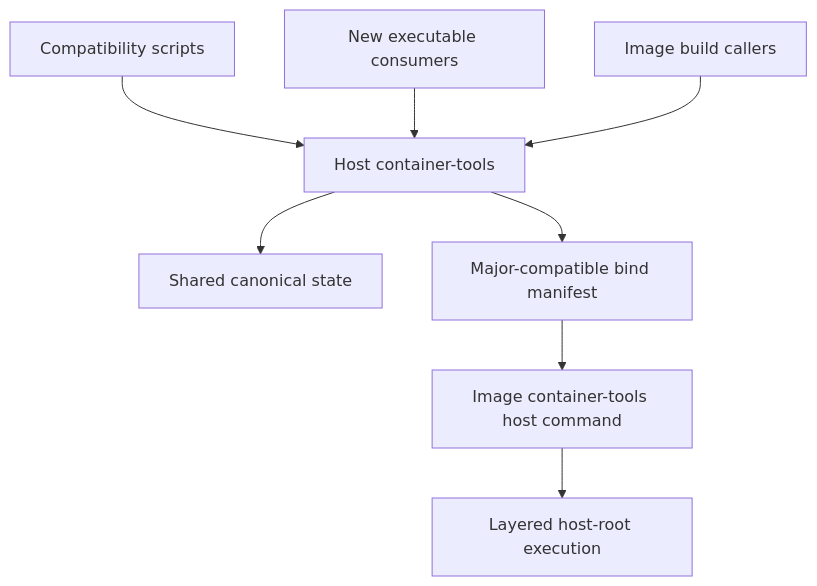
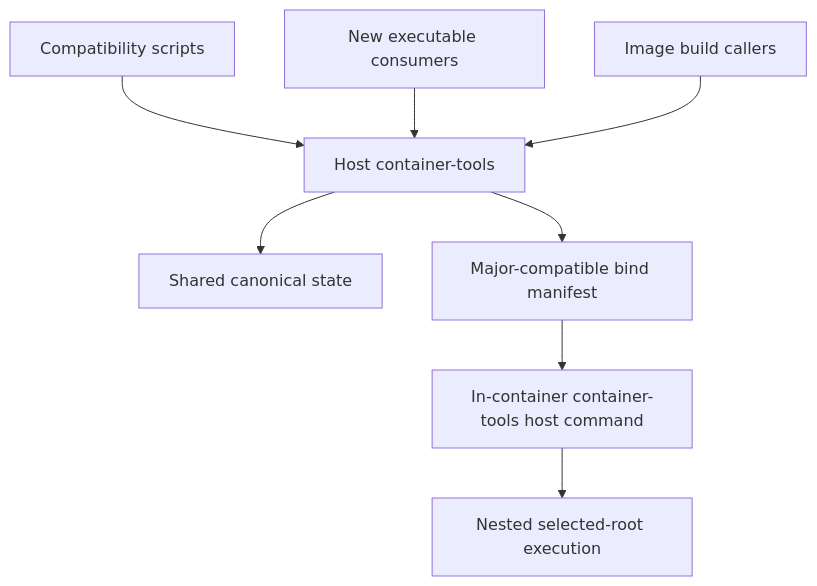
One commit to krafczyk/mkchad_dev changed the diagram in docs/plans/2026-08-07-001-refactor-container-tools-c11-consolidation-plan.md. Above: the diagram before and after it, drawn with Mermaid. The commit also changed other lines of this file, not shown here.

First line of the commit message:
docs(plans): clarify selected-root execution

````diff
--- a/docs/plans/2026-08-07-001-refactor-container-tools-c11-consolidation-plan.md
+++ b/docs/plans/2026-08-07-001-refactor-container-tools-c11-consolidation-plan.md
@@ -49,10 +49,10 @@
 ```mermaid
 flowchart TB
   LEGACY[Compatibility scripts] --> HOST[Host container-tools]
   DIRECT[New executable consumers] --> HOST
   BUILD[Image build callers] --> HOST
   HOST --> STATE[Shared canonical state]
   HOST --> PLAN[Major-compatible bind manifest]
-  PLAN --> IMAGE[Image container-tools host command]
-  IMAGE --> ROOT[Layered host-root execution]
+  PLAN --> CONTAINER[In-container container-tools host command]
+  CONTAINER --> ROOT[Nested selected-root execution]
 ```
````
